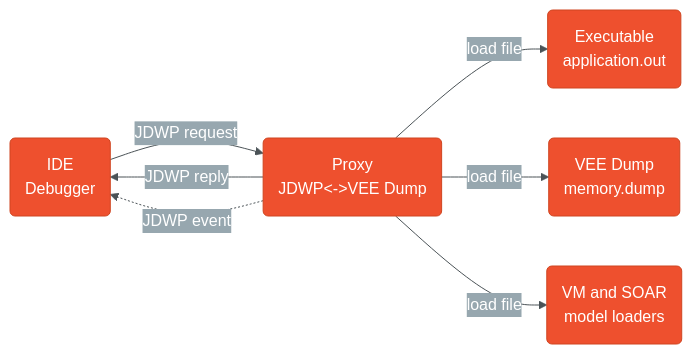
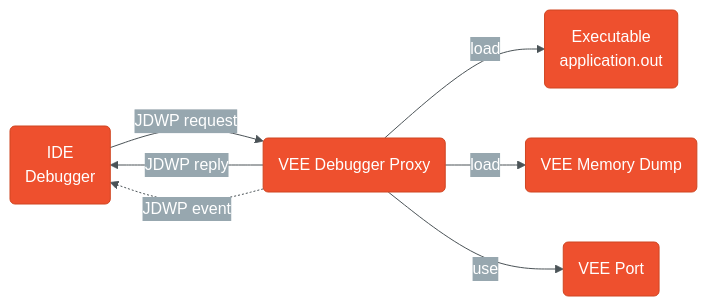
The diagram in ApplicationDeveloperGuide/images/debugger_proxy1.mermaid (MicroEJ/docs), drawn with Mermaid before and after one commit. The commit also changed 5 other files, not shown here.

Commit message:
Debugger proxy usage for MCU target

```diff
--- a/ApplicationDeveloperGuide/images/debugger_proxy1.mermaid
+++ b/ApplicationDeveloperGuide/images/debugger_proxy1.mermaid
@@ -1,24 +1,24 @@
 %%{
   init: {
     'theme': 'base',
     'themeVariables': {
       'primaryColor': '#ee502e',
       'primaryTextColor': '#fff',
       'primaryBorderColor': '#cf4520',
       'lineColor': '#4b5357',
       'secondaryColor': '#97a7af'
     }
   }
 }%%
 
-%% Copyright 2008-2023, MicroEJ Corp. Content in this space is free for read and redistribute. Except if otherwise stated, modification is subject to MicroEJ Corp prior approval.
+%% Copyright 2022-2023, MicroEJ Corp. Content in this space is free for read and redistribute. Except if otherwise stated, modification is subject to MicroEJ Corp prior approval.
 %% MicroEJ is a trademark of MicroEJ Corp. All other trademarks and copyrights are the property of their respective owners.
 
 
 graph LR 
-    IDE(IDE\nDebugger) --> |JDWP request| JDWP(Proxy\nJDWP<->VEE Dump) 
+    IDE(IDE\nDebugger) --> |JDWP request| JDWP(VEE Debugger Proxy) 
     JDWP --> |JDWP reply| IDE
     JDWP -.-> | JDWP event| IDE
-    JDWP --> |load file| ELF(Executable\napplication.out)
-    JDWP --> |load file| MEMDUMP(VEE Dump\nmemory.dump)
-    JDWP --> |load file| Jars(VM and SOAR\nmodel loaders)
+    JDWP --> |load| ELF(Executable\napplication.out)
+    JDWP --> |load| MEMDUMP(VEE Memory Dump)
+    JDWP --> |use| Jars(VEE Port)
```
